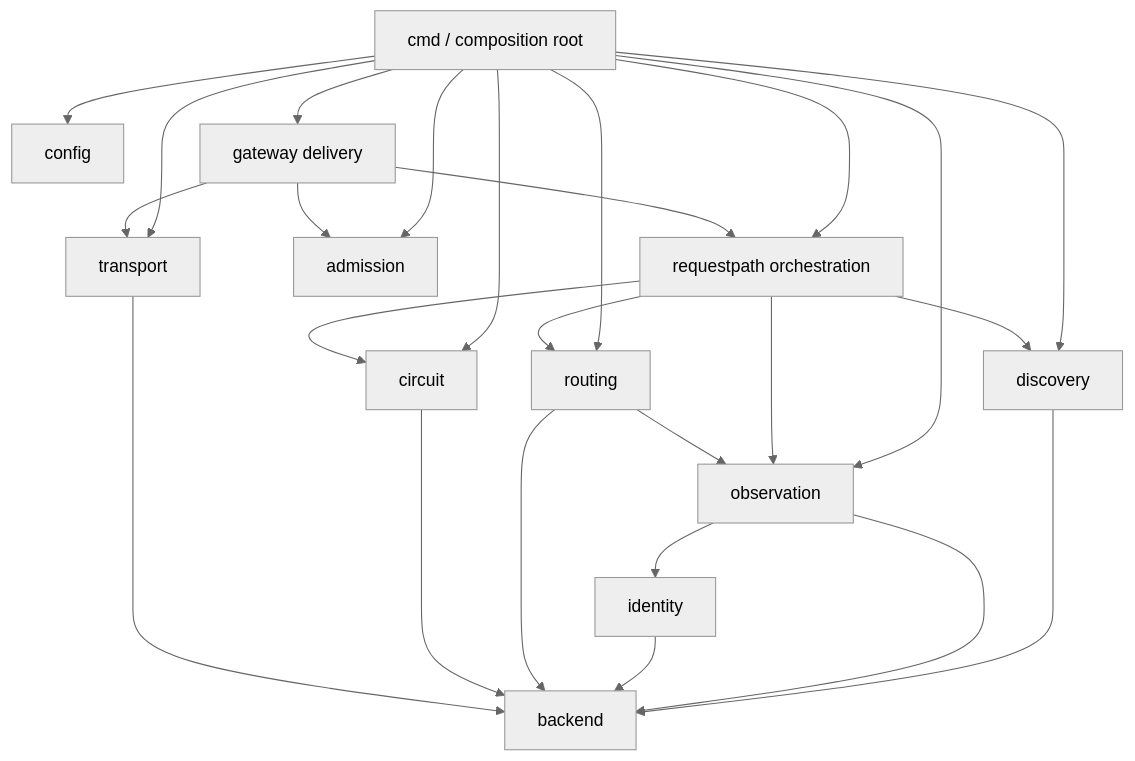
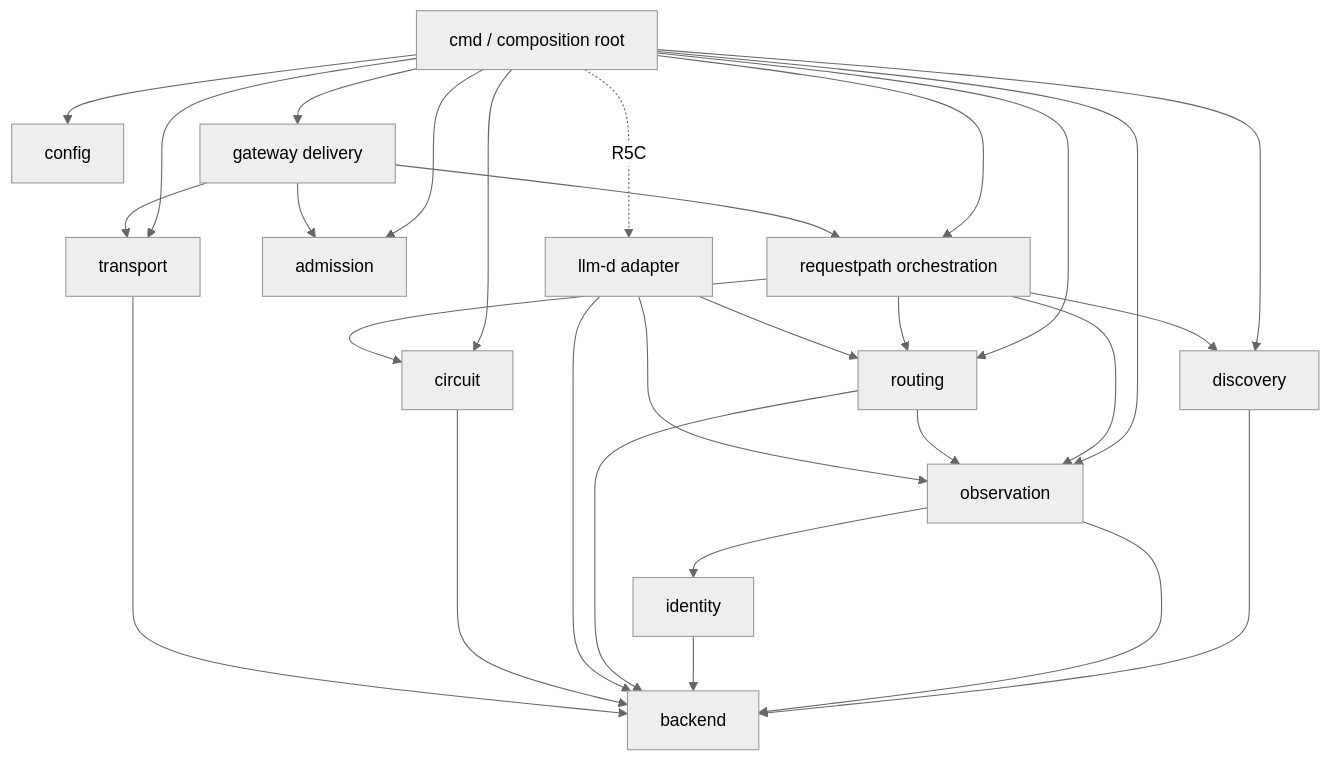
Before and after one commit to frozenf1sh/fishmesh: the diagram in docs/design/serving-domain-redesign.md, drawn with Mermaid (neutral theme). The commit also changed other lines of this file and 32 other files, not shown here.

Commit message:
feat(llmd): 完成 llm-d 调度适配

````diff
--- a/docs/design/serving-domain-redesign.md
+++ b/docs/design/serving-domain-redesign.md
@@ -146,28 +153,32 @@
 ```mermaid
 flowchart TD
     CMD["cmd / composition root"] --> CFG["config"]
     CMD --> GW["gateway delivery"]
     CMD --> RP["requestpath orchestration"]
     CMD --> DISC["discovery"]
     CMD --> OBS["observation"]
     CMD --> ROUTE["routing"]
     CMD --> CIR["circuit"]
     CMD --> ADM["admission"]
     CMD --> TRANS["transport"]
+    CMD -. R5C .-> LLMD["llm-d adapter"]
 
     GW --> RP
     GW --> ADM
     GW --> TRANS
     RP --> DISC
     RP --> OBS
     RP --> ROUTE
     RP --> CIR
     DISC --> BACK["backend"]
     OBS --> BACK
     OBS --> ID["identity"]
     ID --> BACK
     ROUTE --> BACK
     ROUTE --> OBS
+    LLMD --> ROUTE
+    LLMD --> BACK
+    LLMD --> OBS
     CIR --> BACK
     TRANS --> BACK
 ```
````
